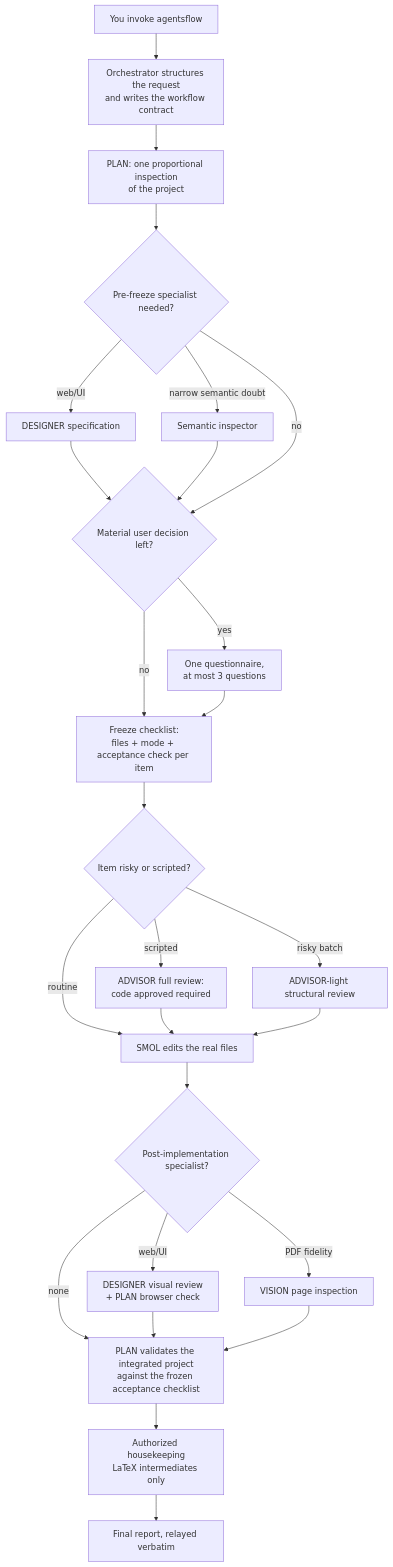
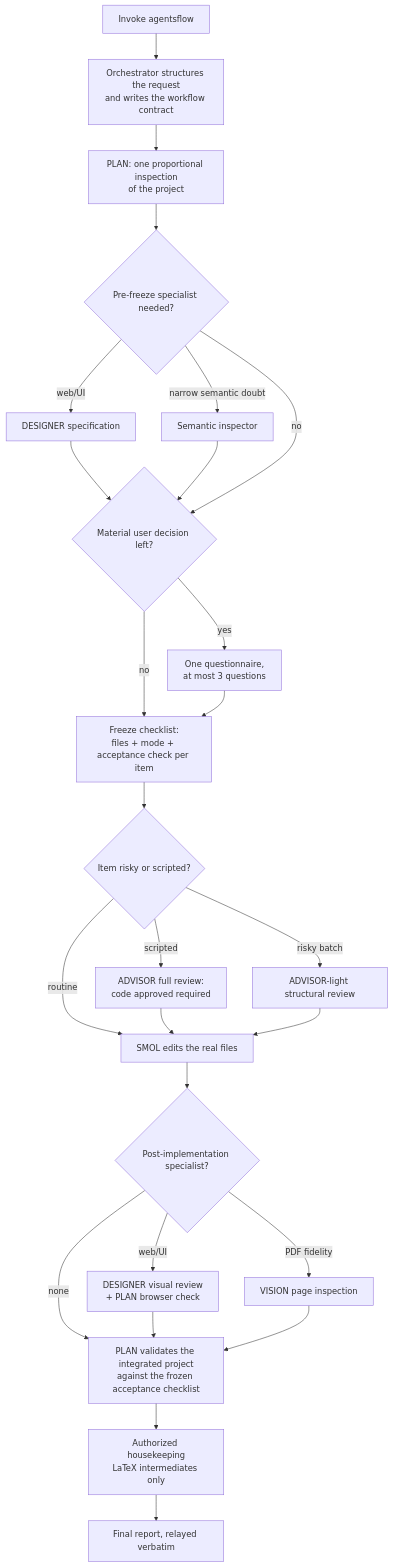
One commit to xzhang17/agentsflow changed the diagram in README.md. Above: the diagram before and after it, drawn with Mermaid. The commit also changed other lines of this file and 1 other file, not shown here.

Commit message:
Reword diagram node and add Contributors section (EN + ZH)

````diff
--- a/README.md
+++ b/README.md
@@ -74,28 +75,28 @@
 ```mermaid
 flowchart TD
-    U[You invoke agentsflow] --> O[Orchestrator structures the request<br/>and writes the workflow contract]
+    U[Invoke agentsflow] --> O[Orchestrator structures the request<br/>and writes the workflow contract]
     O --> P[PLAN: one proportional inspection<br/>of the project]
     P --> S{Pre-freeze specialist needed?}
     S -->|web/UI| D[DESIGNER specification]
     S -->|narrow semantic doubt| I[Semantic inspector]
     D --> Q
     I --> Q
     S -->|no| Q{Material user decision left?}
     Q -->|yes| QQ[One questionnaire,<br/>at most 3 questions]
     Q -->|no| F
     QQ --> F[Freeze checklist:<br/>files + mode + acceptance check per item]
     F --> R{Item risky or scripted?}
     R -->|scripted| A[ADVISOR full review:<br/>code approved required]
     R -->|risky batch| AL[ADVISOR-light structural review]
     R -->|routine| SM
     A --> SM[SMOL edits the real files]
     AL --> SM
     SM --> PD{Post-implementation specialist?}
     PD -->|web/UI| D2[DESIGNER visual review<br/>+ PLAN browser check]
     PD -->|PDF fidelity| V[VISION page inspection]
     PD -->|none| PV
     D2 --> PV
     V --> PV[PLAN validates the integrated project<br/>against the frozen acceptance checklist]
     PV --> H[Authorized housekeeping<br/>LaTeX intermediates only]
     H --> Rep[Final report, relayed verbatim]
 ```
````
